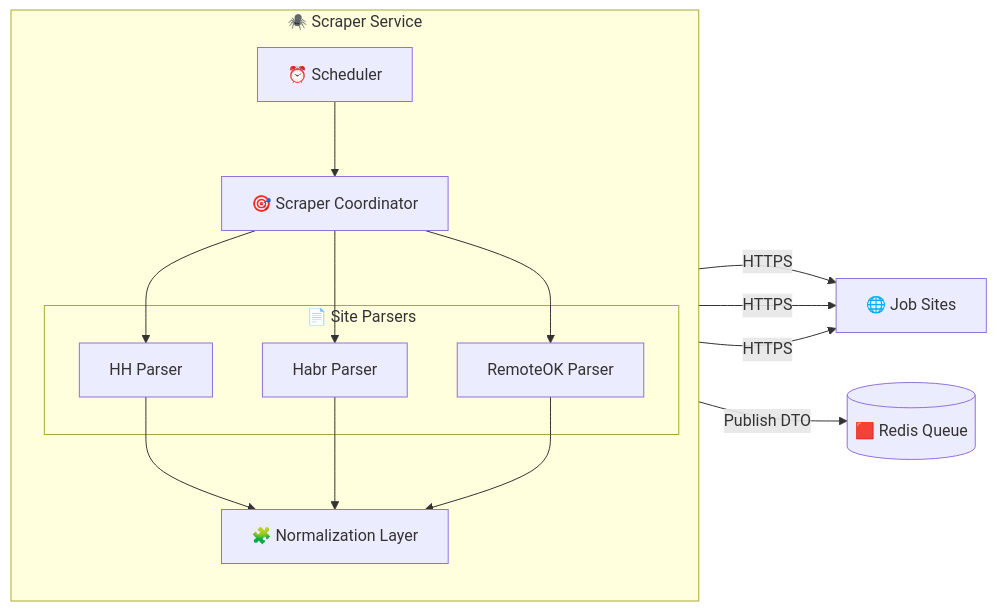
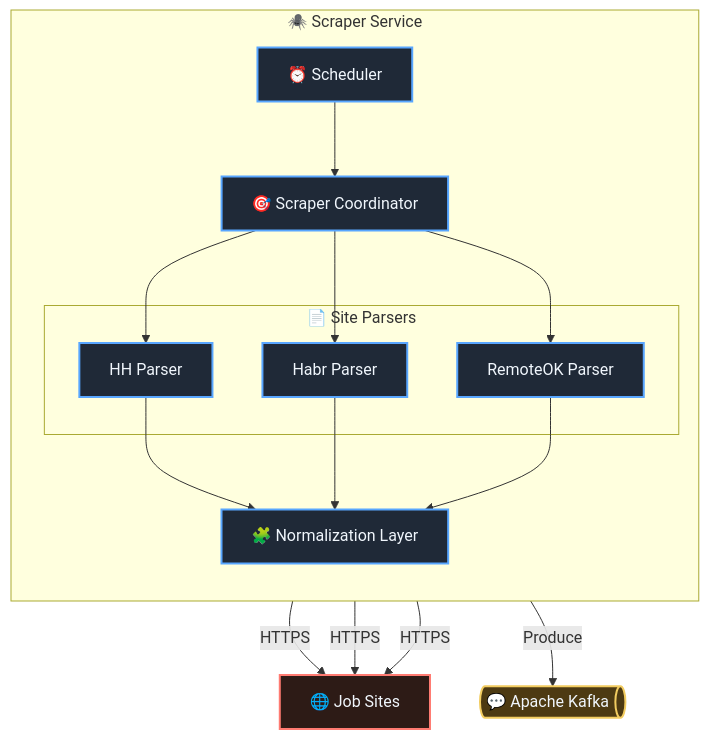
Before and after one commit to ma1sky/job_market_analyzer: the diagram in docs/architecture/services/scraper.md, drawn with Mermaid. The commit also changed other lines of this file and 9 other files, not shown here.

````diff
--- a/docs/architecture/services/scraper.md
+++ b/docs/architecture/services/scraper.md
@@ -32,51 +32,82 @@
 ```mermaid
-flowchart LR
+flowchart TD
 
 sites["🌐 Job Sites"]
 
-redis[("🟥 Redis Queue")]
+kafka@{ shape: das, label: "💬 Apache Kafka" }
 
 subgraph scraper["🕷️ Scraper Service"]
 
     direction TB
 
     scheduler["⏰ Scheduler"]
 
     coordinator["🎯 Scraper Coordinator"]
 
     subgraph parsers["📄 Site Parsers"]
 
         hh["HH Parser"]
 
         habr["Habr Parser"]
 
         remote["RemoteOK Parser"]
 
     end
 
     normalize["🧩 Normalization Layer"]
 
 end
 
 scheduler --> coordinator
 
 coordinator --> hh
 coordinator --> habr
 coordinator --> remote
 
 hh -->|"HTTPS"| sites
 habr -->|"HTTPS"| sites
 remote -->|"HTTPS"| sites
 
 hh --> normalize
 habr --> normalize
 remote --> normalize
 
-normalize -->|"Publish DTO"| redis
+normalize -->|"Produce"| kafka
+
+%% ============================================================
+%%                        STYLES (classDef)
+%% ============================================================
+
+classDef actor fill:#21262D,stroke:#8B949E,stroke-width:2px,color:#F0F6FC;
+
+classDef service fill:#1F2937,stroke:#58A6FF,stroke-width:2px,color:#F0F6FC;
+
+classDef database fill:#0E4429,stroke:#3FB950,stroke-width:2px,color:#F0F6FC;
+
+classDef cache fill:#4D3A12,stroke:#F2CC60,stroke-width:2px,color:#F0F6FC;
+
+classDef queue fill:#4D3A12,stroke:#F2CC60,stroke-width:2px,color:#F0F6FC;
+
+classDef dashboard fill:#35264C,stroke:#BC8CFF,stroke-width:2px,color:#F0F6FC;
+
+classDef external fill:#2D1B16,stroke:#FF7B72,stroke-width:2px,color:#F0F6FC;
+
+classDef storage fill:#0E4429,stroke:#2EA043,stroke-width:2px,color:#F0F6FC;
+
+classDef scheduler fill:#3A2F00,stroke:#D29922,stroke-width:2px,color:#F0F6FC;
+
+classDef message fill:#2D333B,stroke:#768390,stroke-width:1px,color:#F0F6FC;
+
+classDef brokerFill fill:#4D3A12,stroke:#F2CC60,stroke-width:2px,color:#F0F6FC;
+
+%% ============================================================
+%%                 APPLYING STYLES (class)
+%% ===========================================================
 
 class scheduler,coordinator,hh,habr,remote,normalize service
 
 class redis cache
 
 class sites external
+class kafka brokerFill
 ```
````
